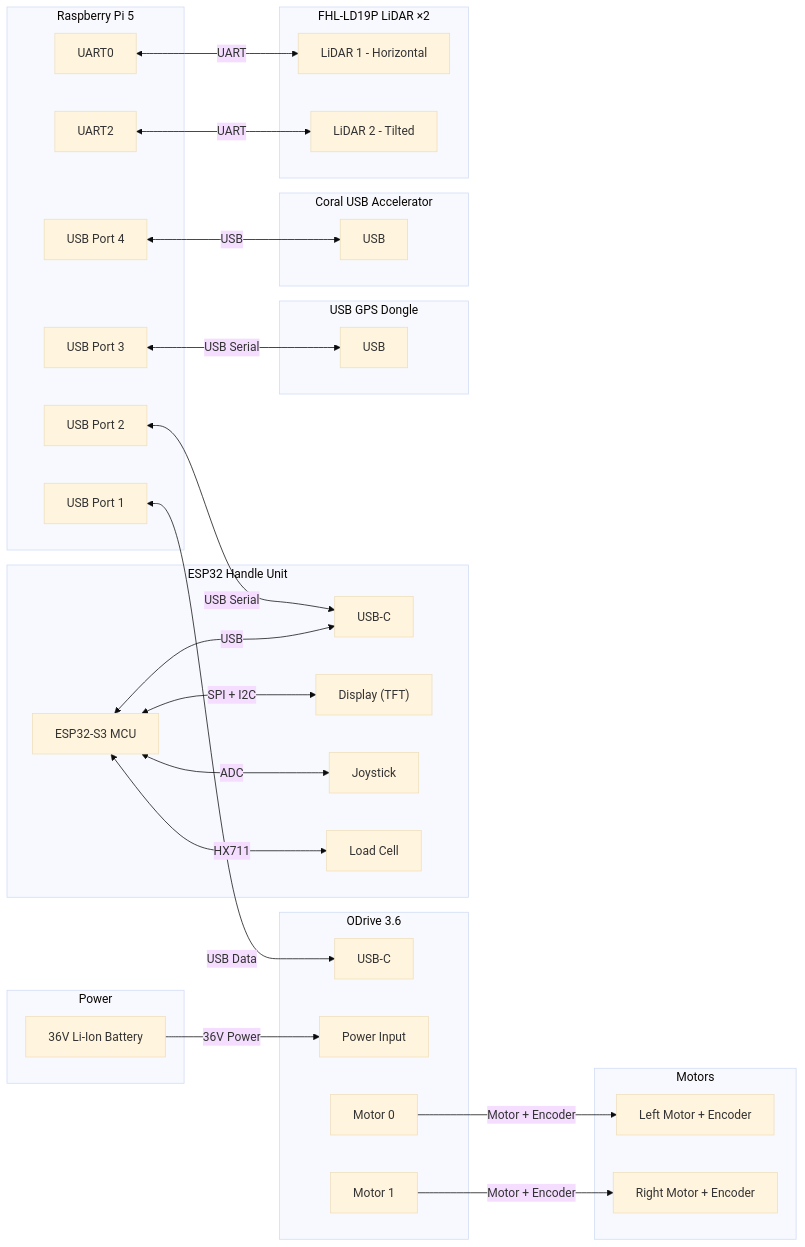
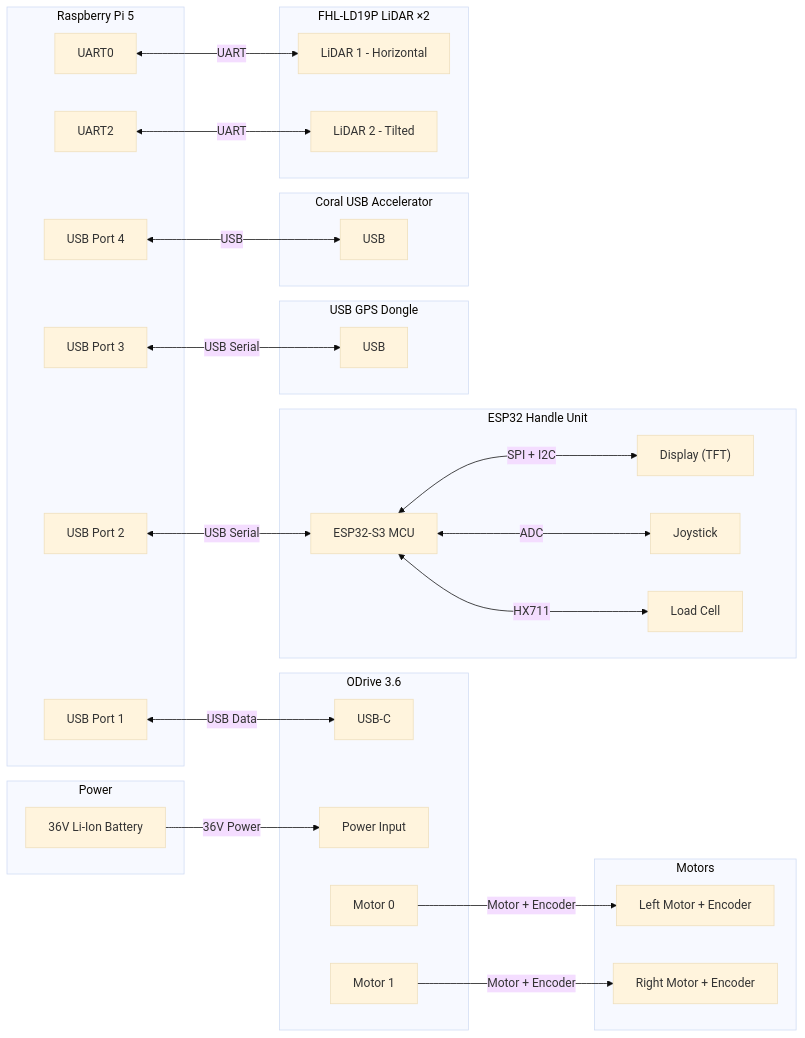
Before and after one commit to schmidt-daniel/golfcart-ai: the first of 2 diagrams in docs/wiring.md, drawn with Mermaid (base theme).

Commit message:
docs: connect Pi USB port 2 directly to ESP32 MCU

````diff
--- a/docs/wiring.md
+++ b/docs/wiring.md
@@ -24,62 +24,60 @@
 ```mermaid
 graph LR
     subgraph Power
         BAT[36V Li-Ion Battery]
     end
 
     subgraph RPi[Raspberry Pi 5]
         RPI_USB1[USB Port 1]
         RPI_USB2[USB Port 2]
         RPI_USB3[USB Port 3]
         RPI_USB4[USB Port 4]
         RPI_UART0[UART0]
         RPI_UART2[UART2]
     end
 
     subgraph ODrive[ODrive 3.6]
         ODRIVE_USB[USB-C]
         ODRIVE_PWR[Power Input]
         ODRIVE_M0[Motor 0]
         ODRIVE_M1[Motor 1]
     end
 
     subgraph Motors
         M0[Left Motor + Encoder]
         M1[Right Motor + Encoder]
     end
 
     subgraph Handle[ESP32 Handle Unit]
         HANDLE_MCU[ESP32-S3 MCU]
-        HANDLE_USB[USB-C]
         HANDLE_DISPLAY["Display (TFT)"]
         HANDLE_JOY[Joystick]
         HANDLE_LOAD[Load Cell]
     end
 
     subgraph GPS[USB GPS Dongle]
         GPS_USB[USB]
     end
 
     subgraph Coral[Coral USB Accelerator]
         CORAL_USB[USB]
     end
 
     subgraph Lidar[FHL-LD19P LiDAR ×2]
         LIDAR1[LiDAR 1 - Horizontal]
         LIDAR2[LiDAR 2 - Tilted]
     end
 
     BAT -->|36V Power| ODRIVE_PWR
     RPI_USB1 <-->|USB Data| ODRIVE_USB
     ODRIVE_M0 -->|Motor + Encoder| M0
     ODRIVE_M1 -->|Motor + Encoder| M1
-    RPI_USB2 <-->|USB Serial| HANDLE_USB
+    RPI_USB2 <-->|USB Serial| HANDLE_MCU
     RPI_USB3 <-->|USB Serial| GPS_USB
     RPI_USB4 <-->|USB| CORAL_USB
     RPI_UART0 <-->|UART| LIDAR1
     RPI_UART2 <-->|UART| LIDAR2
     HANDLE_MCU <-->|SPI + I2C| HANDLE_DISPLAY
     HANDLE_MCU <-->|ADC| HANDLE_JOY
     HANDLE_MCU <-->|HX711| HANDLE_LOAD
-    HANDLE_MCU <-->|USB| HANDLE_USB
 ```
````
